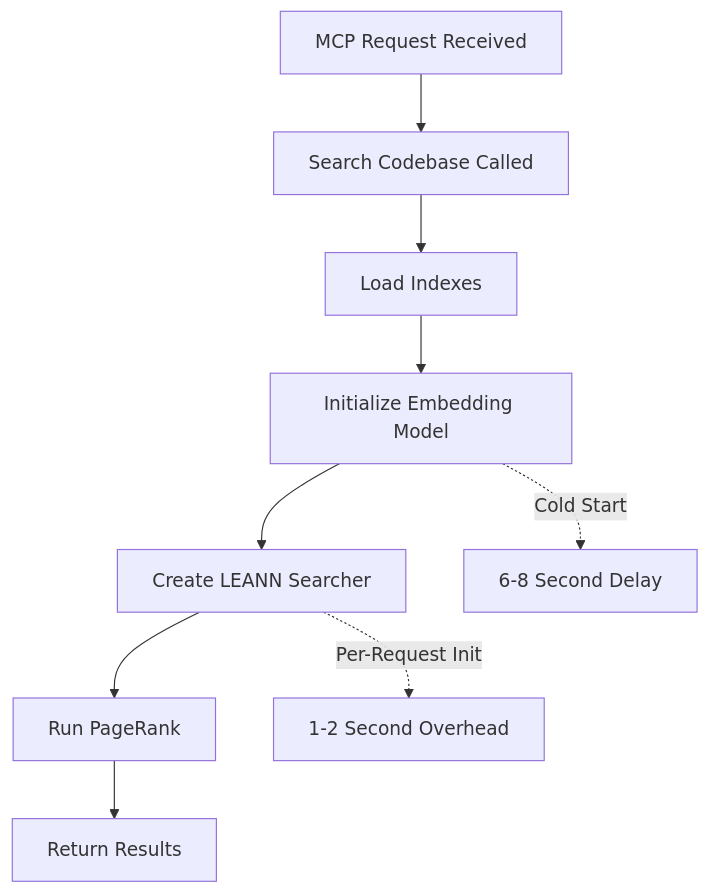
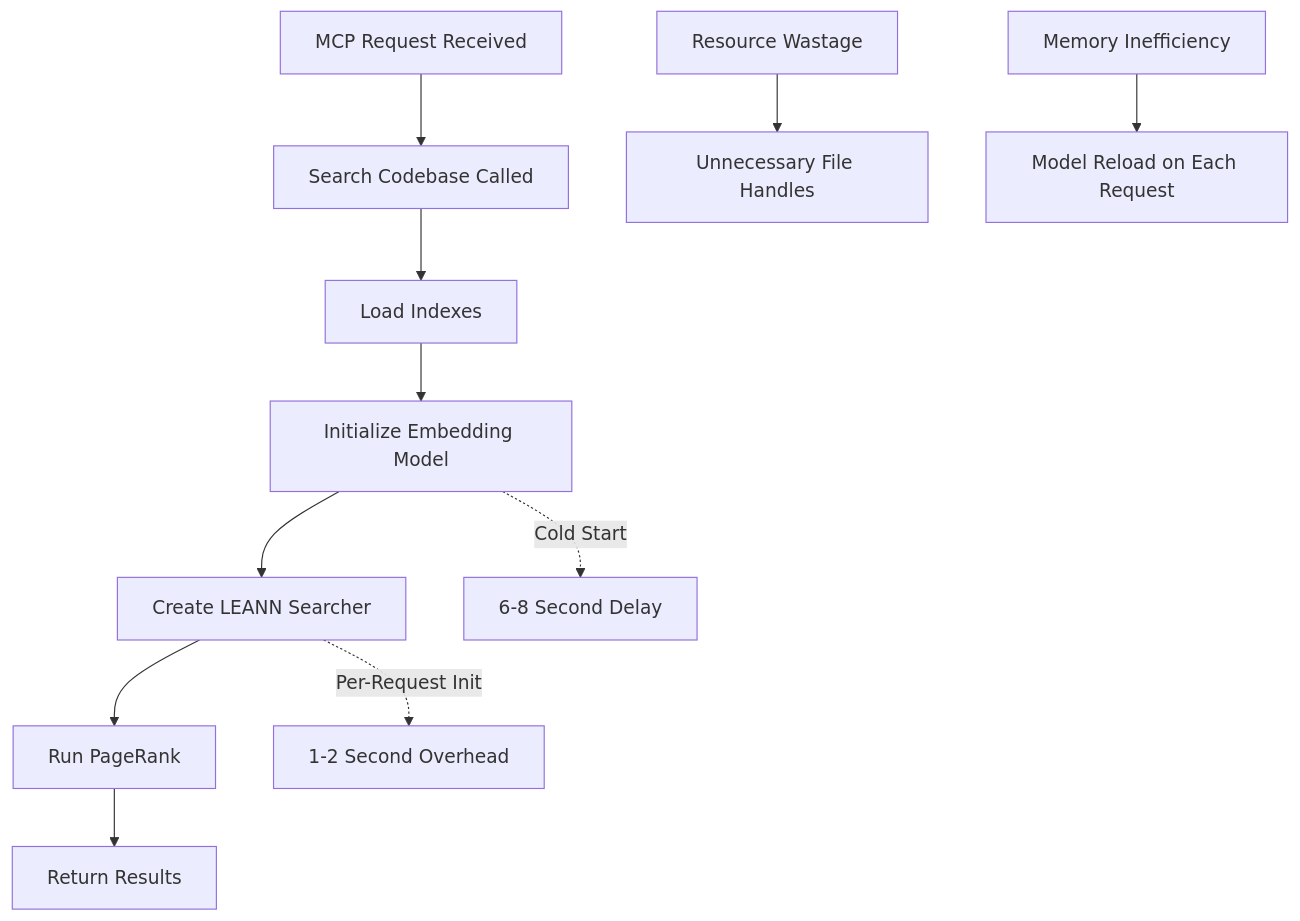
Before and after one commit to maemreyo/zmr-ctx-paker: the second of 5 diagrams in .qoder/repowiki/en/content/Performance & Optimization/MCP Performance Optimization Guide.md, drawn with Mermaid. The commit also changed other lines of this file and 56 other files, not shown here.

````diff
--- a/.qoder/repowiki/en/content/Performance & Optimization/MCP Performance Optimization Guide.md
+++ b/.qoder/repowiki/en/content/Performance & Optimization/MCP Performance Optimization Guide.md
@@ -61,11 +159,13 @@
 ```mermaid
 flowchart TD
 A["MCP Request Received"] --> B["Search Codebase Called"]
 B --> C["Load Indexes"]
 C --> D["Initialize Embedding Model"]
 D --> E["Create LEANN Searcher"]
 E --> F["Run PageRank"]
 F --> G["Return Results"]
 D -.->|"Cold Start"| H["6-8 Second Delay"]
 E -.->|"Per-Request Init"| I["1-2 Second Overhead"]
+J["Resource Wastage"] --> K["Unnecessary File Handles"]
+L["Memory Inefficiency"] --> M["Model Reload on Each Request"]
 ```
````
